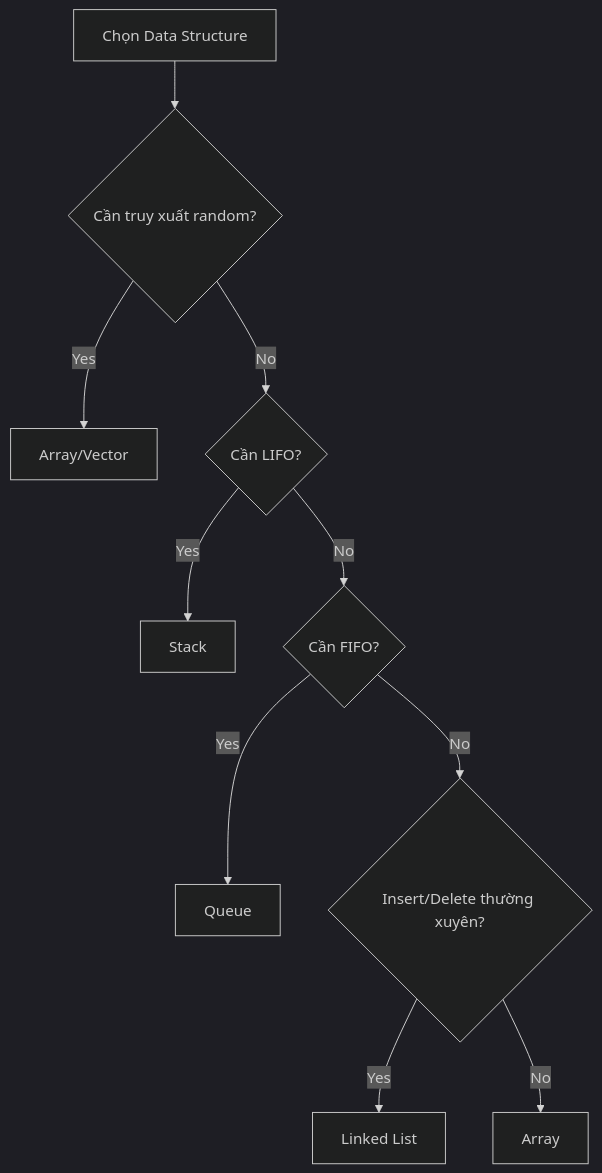
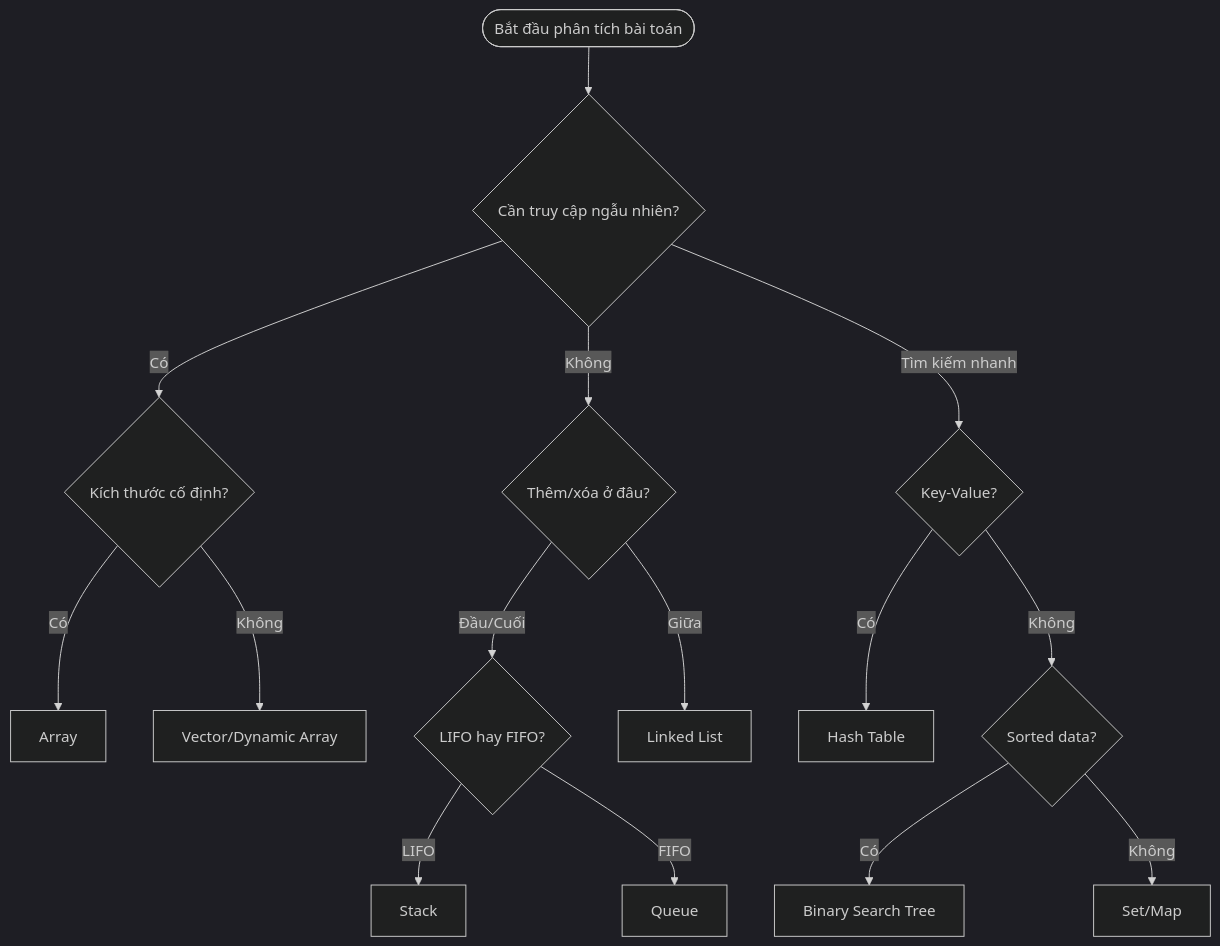
The second of 3 diagrams in src/content/soft-skills/dsa/bai-2.mdx (khieu-dv/vievlog), drawn with Mermaid (dark theme) before and after one commit. The commit also changed other lines of this file and 3 other files, not shown here.

````diff
--- a/src/content/soft-skills/dsa/bai-2.mdx
+++ b/src/content/soft-skills/dsa/bai-2.mdx
@@ -168,12 +132,23 @@
 ```mermaid
-graph TD
-    A[Chọn Data Structure] --> B{Cần truy xuất random?}
-    B -->|Yes| C[Array/Vector]
-    B -->|No| D{Cần LIFO?}
-    D -->|Yes| E[Stack]
-    D -->|No| F{Cần FIFO?}
-    F -->|Yes| G[Queue]
-    F -->|No| H{Insert/Delete thường xuyên?}
-    H -->|Yes| I[Linked List]
-    H -->|No| J[Array]
+flowchart TD
+    START([Bắt đầu phân tích bài toán]) --> Q1{Cần truy cập ngẫu nhiên?}
+    
+    Q1 -->|Có| Q2{Kích thước cố định?}
+    Q1 -->|Không| Q3{Thêm/xóa ở đâu?}
+    
+    Q2 -->|Có| ARRAY[Array]
+    Q2 -->|Không| VECTOR[Vector/Dynamic Array]
+    
+    Q3 -->|Đầu/Cuối| Q4{LIFO hay FIFO?}
+    Q3 -->|Giữa| LL[Linked List]
+    
+    Q4 -->|LIFO| STACK[Stack]
+    Q4 -->|FIFO| QUEUE[Queue]
+    
+    Q1 -->|Tìm kiếm nhanh| Q5{Key-Value?}
+    Q5 -->|Có| HASH[Hash Table]
+    Q5 -->|Không| Q6{Sorted data?}
+    
+    Q6 -->|Có| BST[Binary Search Tree]
+    Q6 -->|Không| SET[Set/Map]
 ```
````
